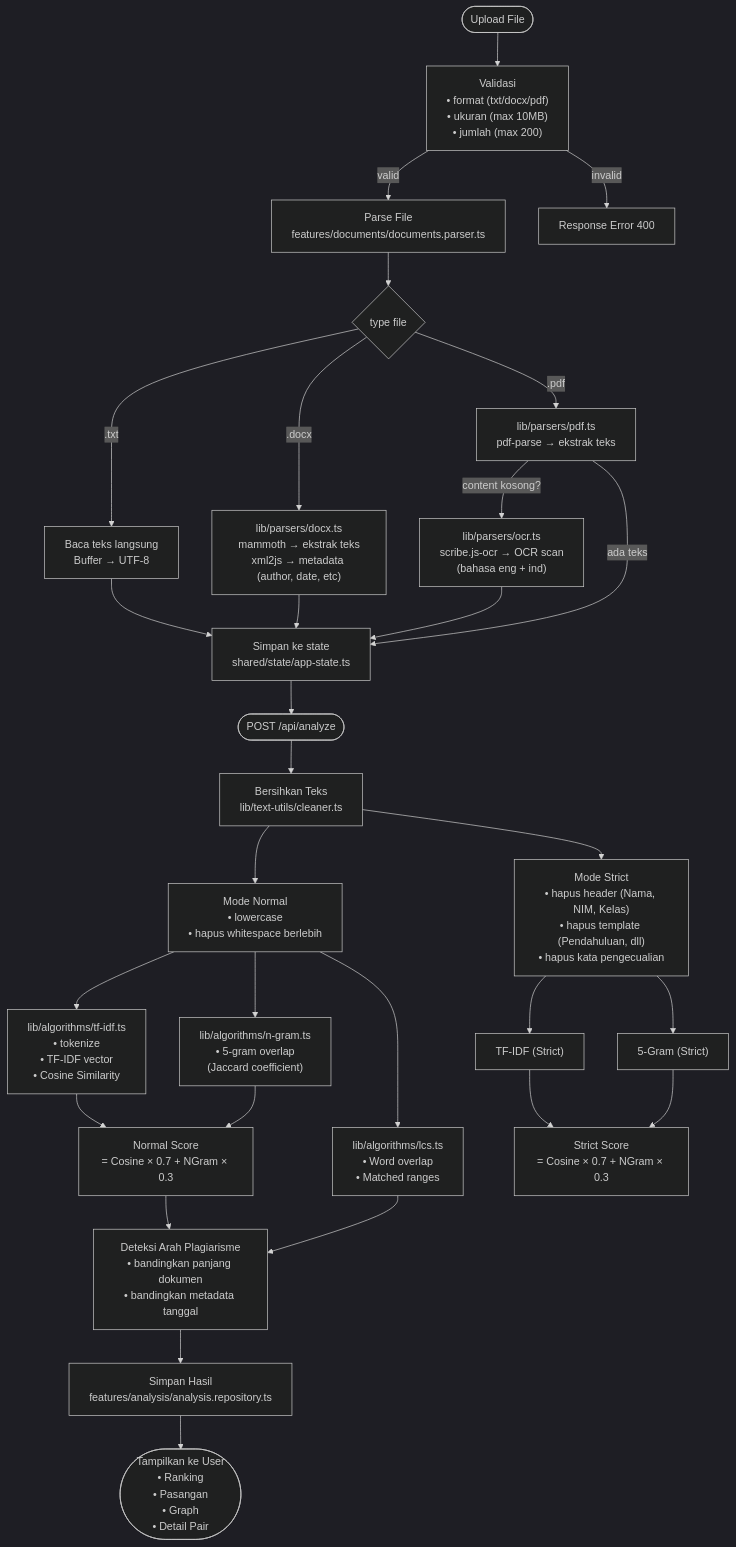
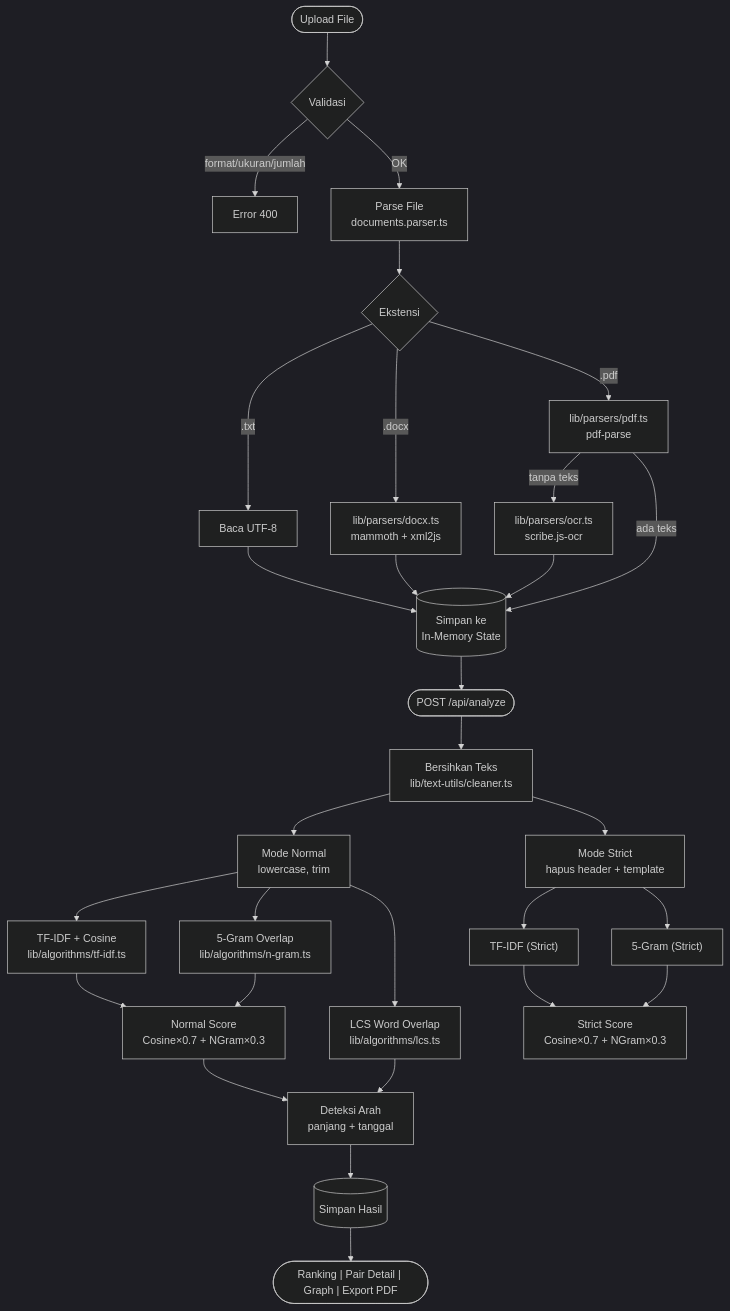
The second of 2 diagrams in backend/README.md (zenith-id/plagiarism-checker), drawn with Mermaid (dark theme) before and after one commit. The commit also changed other lines of this file and 1 other file, not shown here.

Commit message:
docs(readme): simplify mermaid diagrams for readability

````diff
--- a/backend/README.md
+++ b/backend/README.md
@@ -83,40 +51,40 @@
 ```mermaid
 flowchart TB
-    START(["Upload File"]) --> VAL["Validasi<br/>• format (txt/docx/pdf)<br/>• ukuran (max 10MB)<br/>• jumlah (max 200)"]
-    VAL -->|valid| PARSE["Parse File<br/>features/documents/documents.parser.ts"]
-    VAL -->|invalid| ERR["Response Error 400"]
+    UPLOAD(["Upload File"]) --> VAL{"Validasi"}
+    VAL -->|format/ukuran/jumlah| FAIL["Error 400"]
+    VAL -->|OK| PARSE["Parse File<br/>documents.parser.ts"]
 
-    PARSE --> CASE{type file}
-    CASE -->|.txt| TXT["Baca teks langsung<br/>Buffer → UTF-8"]
-    CASE -->|.docx| DOCX["lib/parsers/docx.ts<br/>mammoth → ekstrak teks<br/>xml2js → metadata (author, date, etc)"]
-    CASE -->|.pdf| PDF["lib/parsers/pdf.ts<br/>pdf-parse → ekstrak teks"]
-    PDF -->|content kosong?| OCR["lib/parsers/ocr.ts<br/>scribe.js-ocr → OCR scan<br/>(bahasa eng + ind)"]
+    PARSE --> EXT{"Ekstensi"}
+    EXT -->|.txt| TXT["Baca UTF-8"]
+    EXT -->|.docx| DOCX["lib/parsers/docx.ts<br/>mammoth + xml2js"]
+    EXT -->|.pdf| PDF["lib/parsers/pdf.ts<br/>pdf-parse"]
+    PDF -->|tanpa teks| OCR["lib/parsers/ocr.ts<br/>scribe.js-ocr"]
 
-    TXT --> SAVE["Simpan ke state<br/>shared/state/app-state.ts"]
+    TXT --> SAVE[("Simpan ke<br/>In-Memory State")]
     DOCX --> SAVE
     OCR --> SAVE
     PDF -->|ada teks| SAVE
 
     SAVE --> ANALYZE(["POST /api/analyze"])
+    ANALYZE --> CLEAN["Bersihkan Teks<br/>lib/text-utils/cleaner.ts"]
 
-    ANALYZE --> CLEAN["Bersihkan Teks<br/>lib/text-utils/cleaner.ts"]
-    CLEAN --> CLEAN_N["Mode Normal<br/>• lowercase<br/>• hapus whitespace berlebih"]
-    CLEAN --> CLEAN_S["Mode Strict<br/>• hapus header (Nama, NIM, Kelas)<br/>• hapus template (Pendahuluan, dll)<br/>• hapus kata pengecualian"]
+    CLEAN --> CN["Mode Normal<br/>lowercase, trim"]
+    CLEAN --> CS["Mode Strict<br/>hapus header + template"]
 
-    CLEAN_N --> TFIDF["lib/algorithms/tf-idf.ts<br/>• tokenize<br/>• TF-IDF vector<br/>• Cosine Similarity"]
-    CLEAN_N --> NGRAM["lib/algorithms/n-gram.ts<br/>• 5-gram overlap<br/>(Jaccard coefficient)"]
-    CLEAN_S --> TFIDF_S["TF-IDF (Strict)"]
-    CLEAN_S --> NGRAM_S["5-Gram (Strict)"]
-    CLEAN_N --> LCS["lib/algorithms/lcs.ts<br/>• Word overlap<br/>• Matched ranges"]
+    CN --> TF["TF-IDF + Cosine<br/>lib/algorithms/tf-idf.ts"]
+    CN --> NG["5-Gram Overlap<br/>lib/algorithms/n-gram.ts"]
+    CN --> LCS["LCS Word Overlap<br/>lib/algorithms/lcs.ts"]
+    CS --> TFS["TF-IDF (Strict)"]
+    CS --> NGS["5-Gram (Strict)"]
 
-    TFIDF --> SCORE_N["Normal Score<br/>= Cosine × 0.7 + NGram × 0.3"]
-    NGRAM --> SCORE_N
-    TFIDF_S --> SCORE_S["Strict Score<br/>= Cosine × 0.7 + NGram × 0.3"]
-    NGRAM_S --> SCORE_S
+    TF --> NR["Normal Score<br/>Cosine×0.7 + NGram×0.3"]
+    NG --> NR
+    TFS --> SR["Strict Score<br/>Cosine×0.7 + NGram×0.3"]
+    NGS --> SR
 
-    SCORE_N --> DIRECTION["Deteksi Arah Plagiarisme<br/>• bandingkan panjang dokumen<br/>• bandingkan metadata tanggal"]
-    LCS --> DIRECTION
+    NR --> DIR["Deteksi Arah<br/>panjang + tanggal"]
+    LCS --> DIR
 
-    DIRECTION --> RESULT["Simpan Hasil<br/>features/analysis/analysis.repository.ts"]
-    RESULT --> VIEW(["Tampilkan ke User<br/>• Ranking<br/>• Pasangan<br/>• Graph<br/>• Detail Pair"])
+    DIR --> RESULT[("Simpan Hasil")]
+    RESULT --> VIEW(["Ranking | Pair Detail | Graph | Export PDF"])
 ```
````
